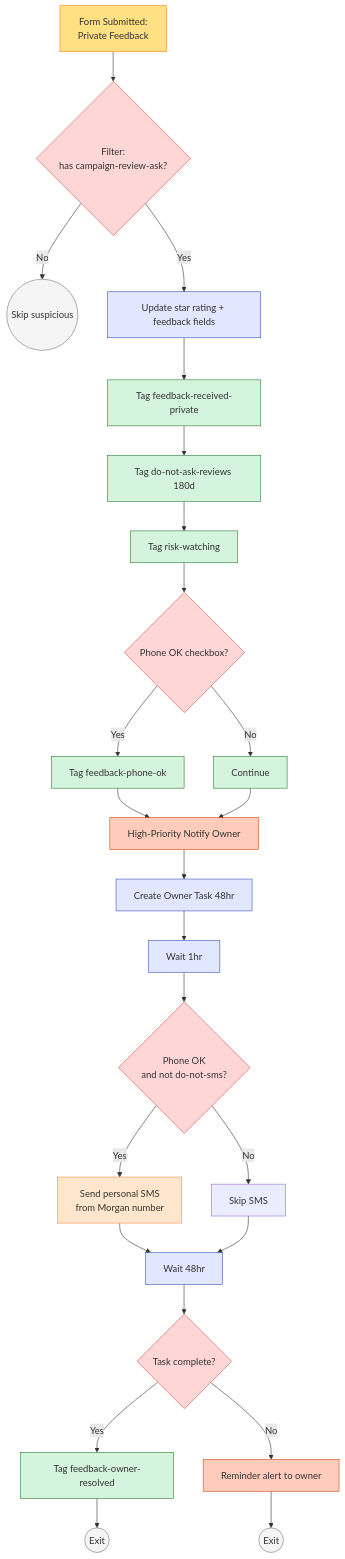
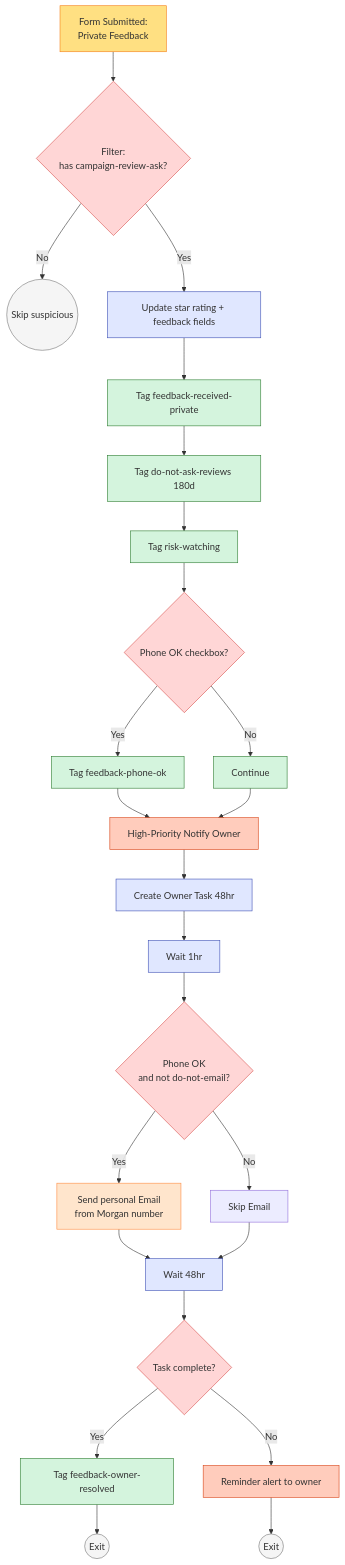
Before and after one commit to safeer-maker/GoHighLevel: the third of 3 diagrams in client-demo/sunrise-wellness-studio/problems/07-reviews-and-reputation/assets/workflow.md, drawn with Mermaid. The commit also changed other lines of this file and 50 other files, not shown here.

````diff
--- a/client-demo/sunrise-wellness-studio/problems/07-reviews-and-reputation/assets/workflow.md
+++ b/client-demo/sunrise-wellness-studio/problems/07-reviews-and-reputation/assets/workflow.md
@@ -341,42 +341,42 @@
 ```mermaid
 graph TD
     T[Form Submitted:<br/>Private Feedback] --> F1{Filter:<br/>has campaign-review-ask?}
     F1 -->|No| Skip((Skip suspicious))
     F1 -->|Yes| A1[Update star rating + feedback fields]
     A1 --> A2[Tag feedback-received-private]
     A2 --> A3[Tag do-not-ask-reviews 180d]
     A3 --> A4[Tag risk-watching]
     A4 --> A5{Phone OK checkbox?}
     A5 -->|Yes| A5y[Tag feedback-phone-ok]
     A5 -->|No| A5n[Continue]
     A5y --> A6[High-Priority Notify Owner]
     A5n --> A6
     A6 --> A7[Create Owner Task 48hr]
     A7 --> A8[Wait 1hr]
-    A8 --> A9{Phone OK<br/>and not do-not-sms?}
-    A9 -->|Yes| A10[Send personal SMS<br/>from Morgan number]
-    A9 -->|No| A11[Skip SMS]
+    A8 --> A9{Phone OK<br/>and not do-not-email?}
+    A9 -->|Yes| A10[Send personal Email<br/>from Morgan number]
+    A9 -->|No| A11[Skip Email]
     A10 --> A12[Wait 48hr]
     A11 --> A12
     A12 --> A13{Task complete?}
     A13 -->|Yes| TagOK[Tag feedback-owner-resolved]
     A13 -->|No| Remind[Reminder alert to owner]
     TagOK --> Exit1((Exit))
     Remind --> Exit2((Exit))
 
     classDef trigger fill:#FFE082,stroke:#F57F17
     classDef filter fill:#FFD6D6,stroke:#D9534F
     classDef action fill:#E0E7FF,stroke:#3F51B5
     classDef msg fill:#FFE5CC,stroke:#FF8C42
     classDef tag fill:#D4F4DD,stroke:#2E7D32
     classDef alert fill:#FFCCBC,stroke:#D84315
     classDef exit fill:#F5F5F5,stroke:#757575
 
     class T trigger
     class F1,A5,A9,A13 filter
     class A1,A7,A8,A12 action
     class A10 msg
     class A2,A3,A4,A5y,A5n,TagOK tag
     class A6,Remind alert
     class Skip,Exit1,Exit2 exit
 ```
````
